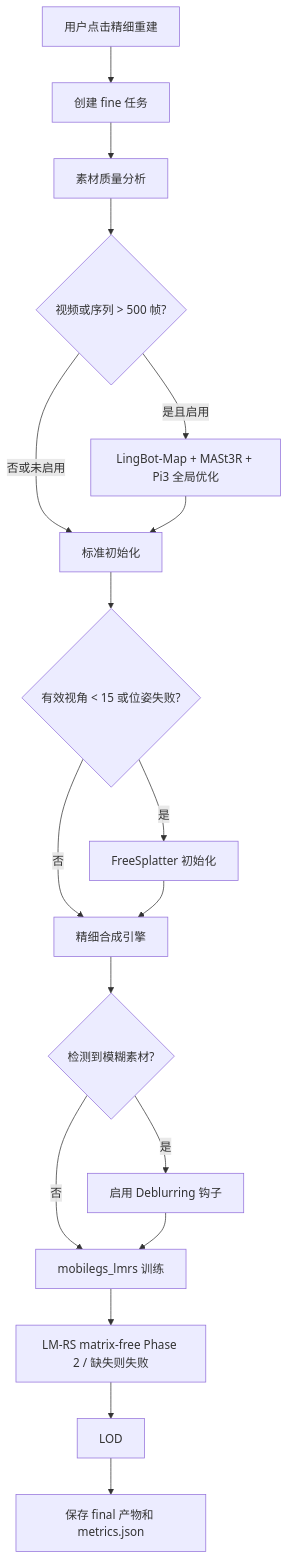
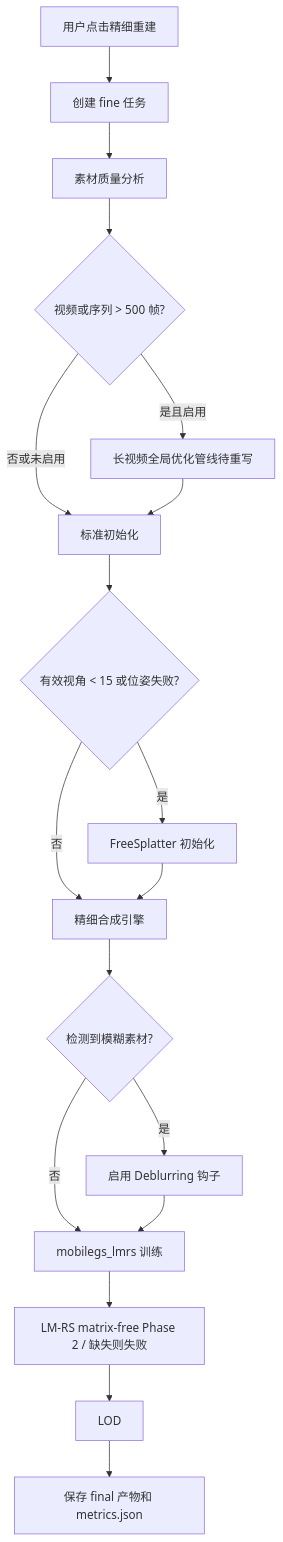
One commit to Braveliu66/3dgsbi changed the second of 3 diagrams in doc/03-workflows-state.md. Above: the diagram before and after it, drawn with Mermaid. The commit also changed other lines of this file and 80 other files, not shown here.

Commit message:
极速图片预览以及视频预览清理

````diff
--- a/doc/03-workflows-state.md
+++ b/doc/03-workflows-state.md
@@ -90,20 +66,20 @@
 ```mermaid
 flowchart TD
     Start["用户点击精细重建"] --> Queue["创建 fine 任务"]
     Queue --> Analysis["素材质量分析"]
     Analysis --> LongVideo{"视频或序列 > 500 帧?"}
-    LongVideo -- 是且启用 --> Global["LingBot-Map + MASt3R + Pi3 全局优化"]
+    LongVideo -- 是且启用 --> Global["长视频全局优化管线待重写"]
     LongVideo -- 否或未启用 --> Init["标准初始化"]
     Global --> Init
     Init --> Sparse{"有效视角 < 15 或位姿失败?"}
     Sparse -- 是 --> FreeSplatter["FreeSplatter 初始化"]
     Sparse -- 否 --> Engine["精细合成引擎"]
     FreeSplatter --> Engine
     Engine --> Blur{"检测到模糊素材?"}
     Blur -- 是 --> Deblur["启用 Deblurring 钩子"]
     Blur -- 否 --> Train["mobilegs_lmrs 训练"]
     Deblur --> Train
     Train --> LM["LM-RS matrix-free Phase 2 / 缺失则失败"]
     LM --> LOD
     LOD --> Save["保存 final 产物和 metrics.json"]
 ```
````
